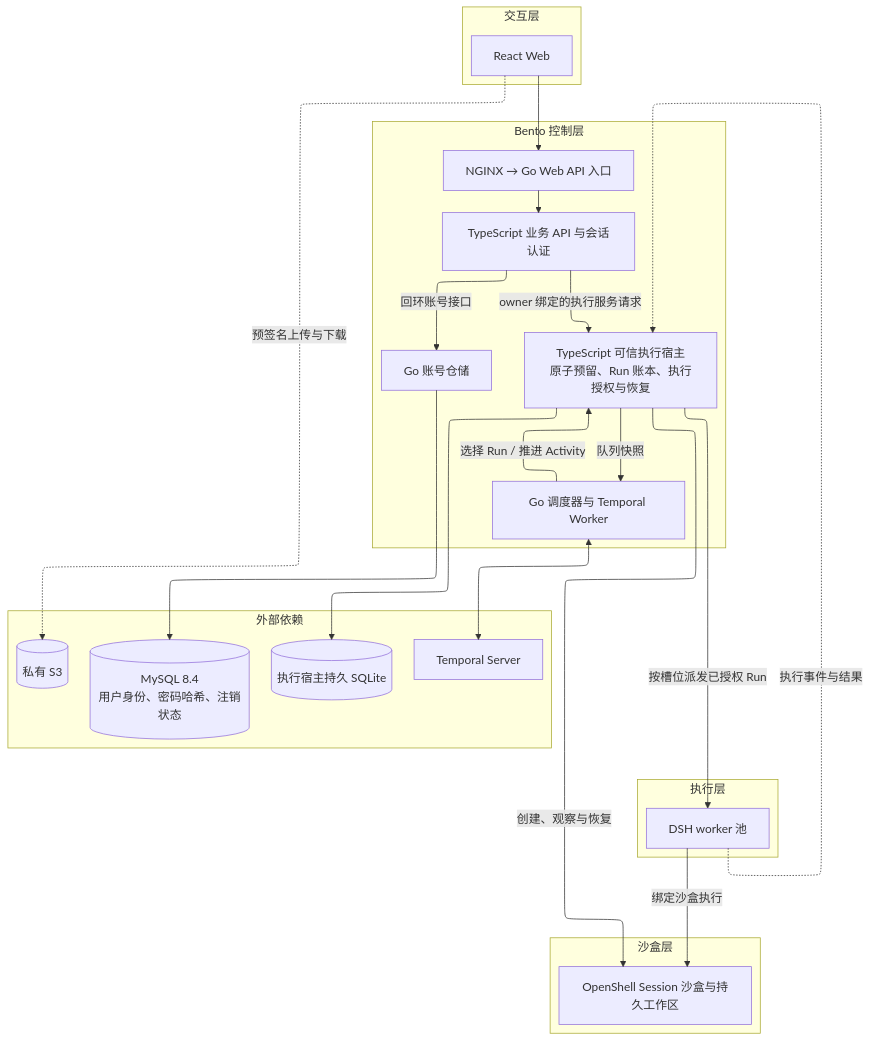
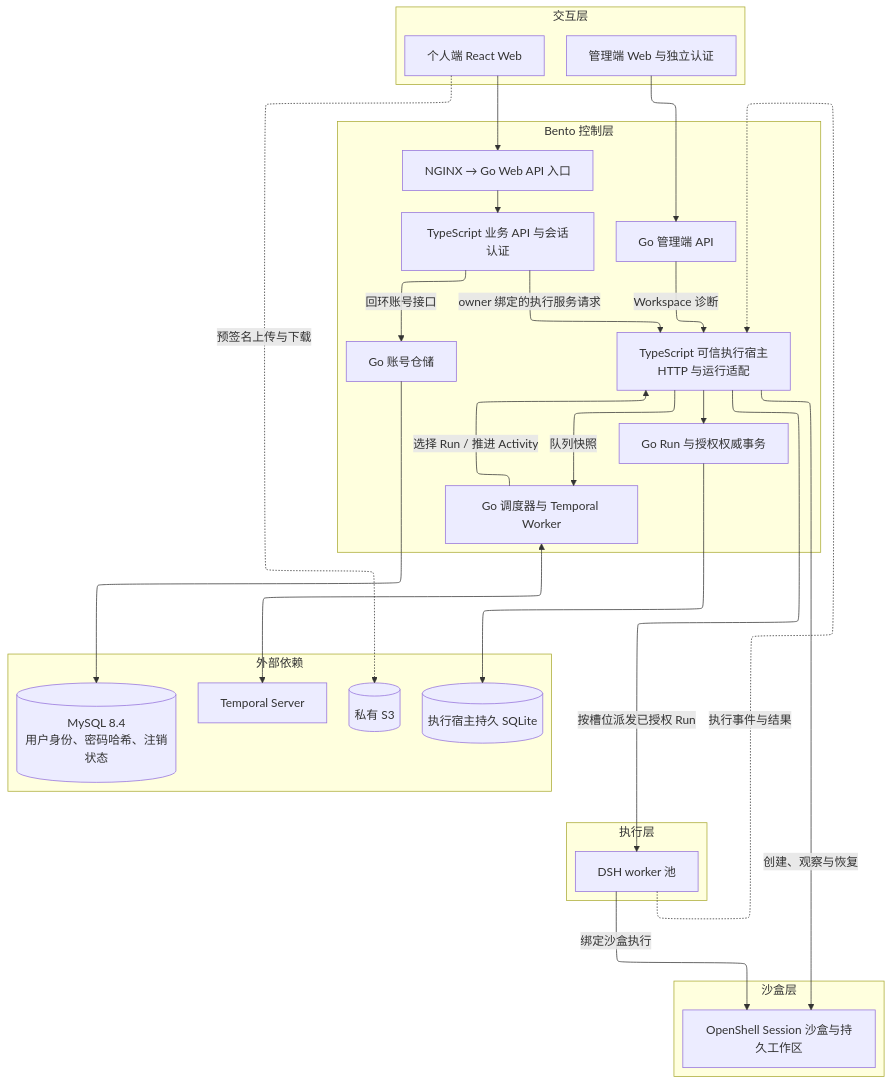
One commit to thundax-lyp/bento changed the diagram in docs/00-governance/ARCHITECTURE.md. Above: the diagram before and after it, drawn with Mermaid. The commit also changed other lines of this file and 18 other files, not shown here.

````diff
--- a/docs/00-governance/ARCHITECTURE.md
+++ b/docs/00-governance/ARCHITECTURE.md
@@ -39,43 +39,49 @@
 ```mermaid
 ---
 config:
   layout: elk
 ---
 flowchart TB
     subgraph UI["交互层"]
-        Web["React Web"]
+        Web["个人端 React Web"]
+        Admin["管理端 Web 与独立认证"]
     end
     subgraph Control["Bento 控制层"]
         Entry["NGINX → Go Web API 入口"]
         Task["TypeScript 业务 API 与会话认证"]
         Accounts["Go 账号仓储"]
         GoScheduler["Go 调度器与 Temporal Worker"]
-        Host["TypeScript 可信执行宿主<br/>原子预留、Run 账本、执行授权与恢复"]
+        Host["TypeScript 可信执行宿主<br/>HTTP 与运行适配"]
+        GoAuthority["Go Run 与授权权威事务"]
+        AdminAPI["Go 管理端 API"]
         Entry --> Task
         Task -->|"owner 绑定的执行服务请求"| Host
+        AdminAPI -->|"Workspace 诊断"| Host
+        Host --> GoAuthority
         Host -->|"队列快照"| GoScheduler
         GoScheduler -->|"选择 Run / 推进 Activity"| Host
     end
     subgraph Execution["执行层"]
         DSH["DSH worker 池"]
     end
     subgraph Sandbox["沙盒层"]
         OpenShell["OpenShell Session 沙盒与持久工作区"]
     end
     subgraph Dependencies["外部依赖"]
         MySQL[("MySQL 8.4<br/>用户身份、密码哈希、注销状态")]
         Temporal["Temporal Server"]
         State[("执行宿主持久 SQLite")]
         S3[("私有 S3")]
     end
     Web --> Entry
+    Admin --> AdminAPI
     Task -->|"回环账号接口"| Accounts
     Accounts --> MySQL
     GoScheduler <--> Temporal
-    Host --> State
+    GoAuthority --> State
     Host -->|"按槽位派发已授权 Run"| DSH
     DSH -.->|"执行事件与结果"| Host
     Host -->|"创建、观察与恢复"| OpenShell
     DSH -->|"绑定沙盒执行"| OpenShell
     Web -.->|"预签名上传与下载"| S3
 ```
````
